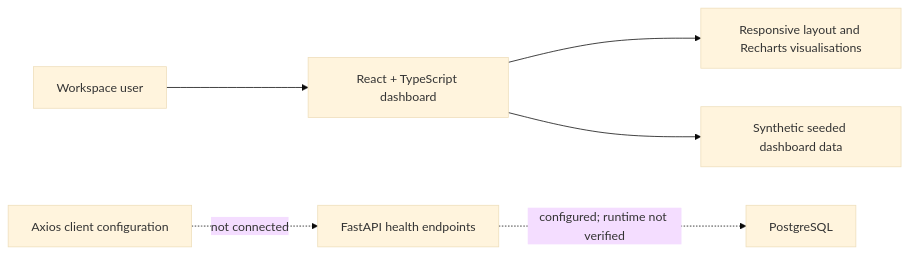
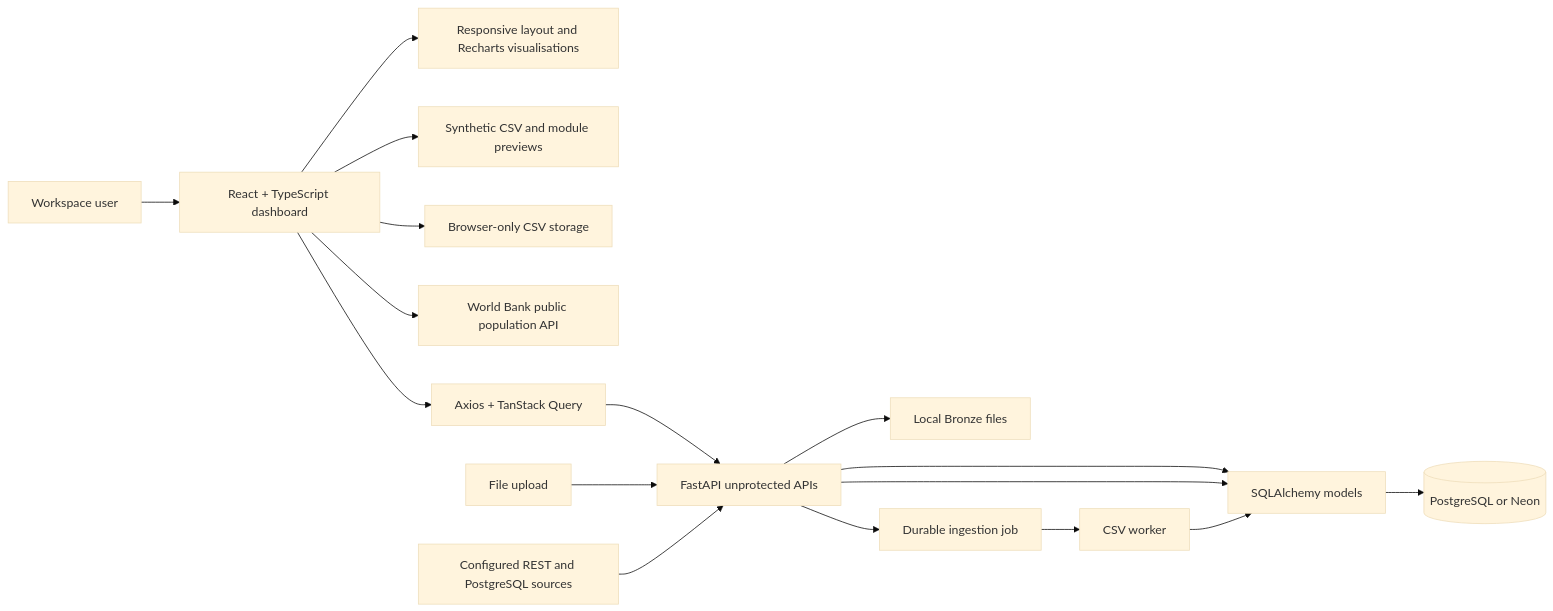
One commit to Zamokuhlecoder/ImpactFlow changed the first of 2 diagrams in docs/SYSTEM_ARCHITECTURE.md. Above: the diagram before and after it, drawn with Mermaid (base theme). The commit also changed other lines of this file and 57 other files, not shown here.

Commit message:
ImpactFflow Data Sources

````diff
--- a/docs/SYSTEM_ARCHITECTURE.md
+++ b/docs/SYSTEM_ARCHITECTURE.md
@@ -9,8 +9,19 @@
 ```mermaid
 flowchart LR
     U[Workspace user] --> FE[React + TypeScript dashboard]
     FE --> UI[Responsive layout and Recharts visualisations]
-    FE --> SD[Synthetic seeded dashboard data]
-    AC[Axios client configuration] -. not connected .-> API[FastAPI health endpoints]
-    API -. configured; runtime not verified .-> PG[PostgreSQL]
+    FE --> SD[Synthetic CSV and module previews]
+    FE --> LS[Browser-only CSV storage]
+    FE --> WB[World Bank public population API]
+    FE --> AC[Axios + TanStack Query]
+    AC --> API[FastAPI unprotected APIs]
+    API --> DB[SQLAlchemy models]
+    DB --> PG[(PostgreSQL or Neon)]
+    UP[File upload] --> API
+    EXT[Configured REST and PostgreSQL sources] --> API
+    API --> BR[Local Bronze files]
+    API --> DB
+    API --> Q[Durable ingestion job]
+    Q --> W[CSV worker]
+    W --> DB
 ```
````
